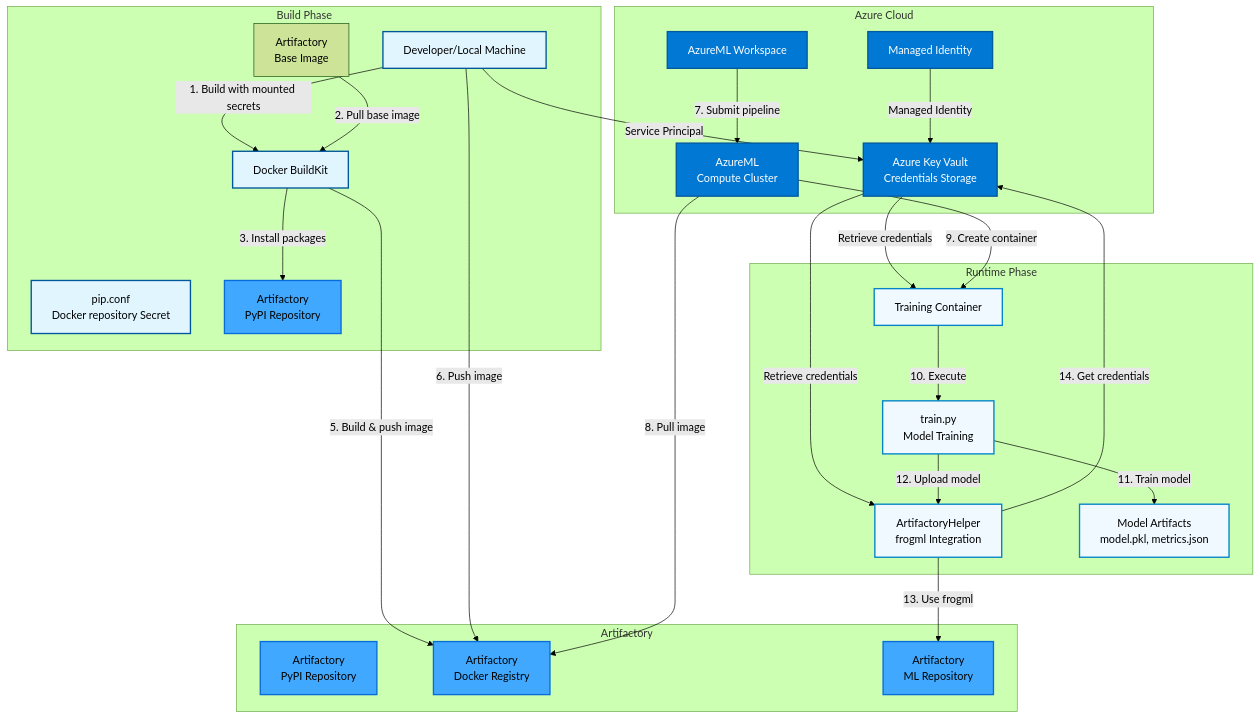
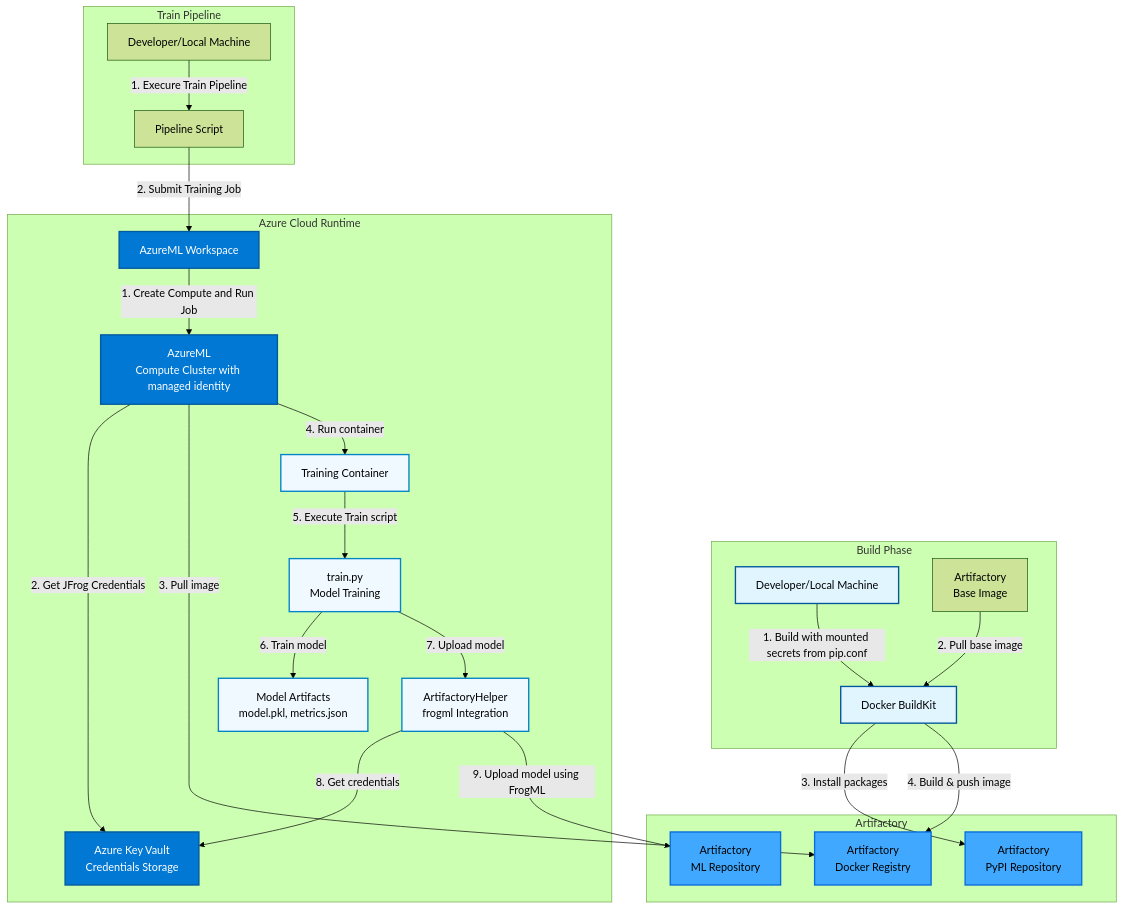
One commit to jfrog/JFrog-AzureML-integration changed the first of 2 diagrams in README.md. Above: the diagram before and after it, drawn with Mermaid (forest theme).

Commit message:
Enhance README with training pipeline and runtime details
Updated the flow diagram to include training pipeline details and adjusted the Azure Cloud Runtime section.

````diff
--- a/README.md
+++ b/README.md
@@ -15,64 +15,64 @@
 ```mermaid
 graph TB
     subgraph "Build Phase"
         Dev[Developer/Local Machine]
         Docker[Docker BuildKit]
-        PipConf[pip.conf<br/>Docker repository Secret]
-        ArtifactoryPyPI[Artifactory<br/>PyPI Repository]
         BaseImage[Artifactory<br/>Base Image]
     end
 
-    subgraph "Azure Cloud"
+    subgraph "Train Pipeline"
+        TrainDev[Developer/Local Machine]
+        PipelineScript[Pipeline Script]        
+    end
+
+    subgraph "Azure Cloud Runtime"
         KV[Azure Key Vault<br/>Credentials Storage]
         AML[AzureML Workspace]
-        Compute[AzureML<br/>Compute Cluster]
-        MI[Managed Identity]
+        Compute[AzureML<br/>Compute Cluster with managed identity]
+        Container[Training Container]
+        TrainScript[train.py<br/>Model Training]
+        ArtifactoryHelper[ArtifactoryHelper<br/>frogml Integration]
+        Model[Model Artifacts<br/>model.pkl, metrics.json]
     end
 
     subgraph "Artifactory"
         ArtifactoryPyPI2[Artifactory<br/>PyPI Repository]
         ArtifactoryDocker2[Artifactory<br/>Docker Registry]
         ArtifactoryML[Artifactory<br/>ML Repository]
     end
 
-    subgraph "Runtime Phase"
-        Container[Training Container]
-        TrainScript[train.py<br/>Model Training]
-        ArtifactoryHelper[ArtifactoryHelper<br/>frogml Integration]
-        Model[Model Artifacts<br/>model.pkl, metrics.json]
-    end
+    %% Build Phase Flow
+    Dev -->|1. Build with mounted secrets from pip.conf| Docker
+    BaseImage -->|2. Pull base image| Docker
+    Docker -->|3. Install packages| ArtifactoryPyPI2
+    Docker -->|4. Build & push image| ArtifactoryDocker2
 
-    %% Build Phase Flow
-    Dev -->|1. Build with mounted secrets| Docker
-    BaseImage -->|2. Pull base image| Docker
-    Docker -->|3. Install packages| ArtifactoryPyPI
-    Docker -->|5. Build & push image| ArtifactoryDocker2
-    Dev -->|6. Push image| ArtifactoryDocker2
+    %% Train Phase Flow
+    TrainDev -->|1. Execure Train Pipeline| PipelineScript
+    PipelineScript -->|2. Submit Training Job| AML
 
-    %% Authentication Flow
-    Dev -->|Service Principal| KV
-    MI -->|Managed Identity| KV
-    KV -->|Retrieve credentials| ArtifactoryHelper
-    KV -->|Retrieve credentials| Container
+
 
     %% Runtime Phase Flow
-    AML -->|7. Submit pipeline| Compute
-    Compute -->|8. Pull image| ArtifactoryDocker2
-    Compute -->|9. Create container| Container
-    Container -->|10. Execute| TrainScript
-    TrainScript -->|11. Train model| Model
-    TrainScript -->|12. Upload model| ArtifactoryHelper
-    ArtifactoryHelper -->|13. Use frogml| ArtifactoryML
-    ArtifactoryHelper -->|14. Get credentials| KV
+    AML -->|1. Create Compute and Run Job| Compute
+    Compute -->|2. Get JFrog Credentials| KV
+    Compute -->|3. Pull image| ArtifactoryDocker2
+    Compute -->|4. Run container| Container
+    Container -->|5. Execute Train script| TrainScript
+    TrainScript -->|6. Train model| Model
+    TrainScript -->|7. Upload model| ArtifactoryHelper
+    ArtifactoryHelper -->|8. Get credentials| KV
+    ArtifactoryHelper -->|9. Upload model using FrogML| ArtifactoryML    
+    
 
     %% Styling
     classDef buildPhase fill:#e1f5ff,stroke:#01579b,stroke-width:2px
     classDef azure fill:#0078d4,stroke:#005a9e,stroke-width:2px,color:#fff
     classDef artifactory fill:#40a9ff,stroke:#096dd9,stroke-width:2px
     classDef runtime fill:#f0f9ff,stroke:#0284c7,stroke-width:2px
 
     class Dev,Docker,PipConf buildPhase
     class KV,AML,Compute,MI azure
     class ArtifactoryPyPI,ArtifactoryDocker,ArtifactoryPyPI2,ArtifactoryDocker2,ArtifactoryML artifactory
     class Container,TrainScript,ArtifactoryHelper,Model runtime
 ```
````
